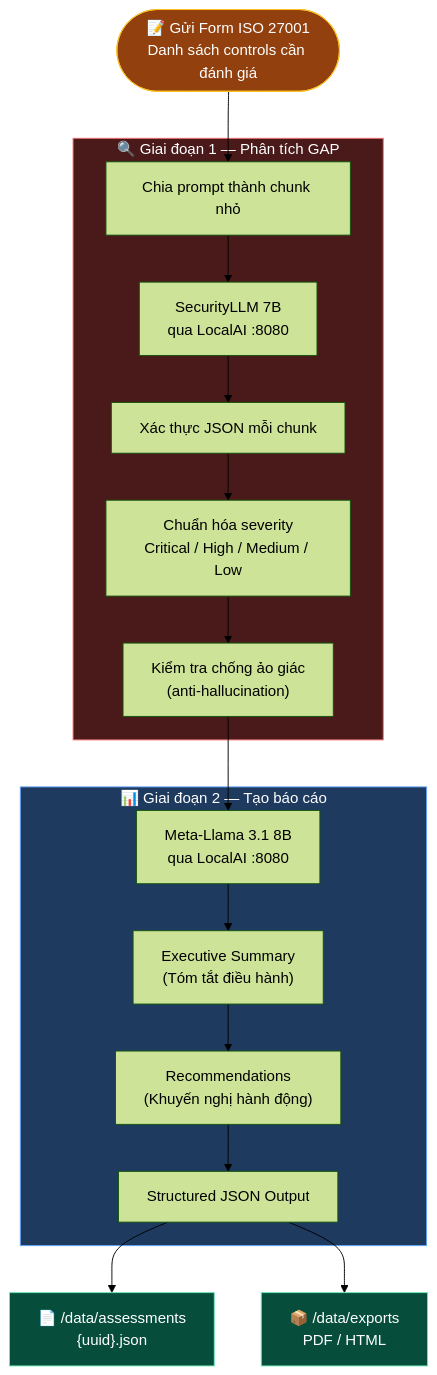
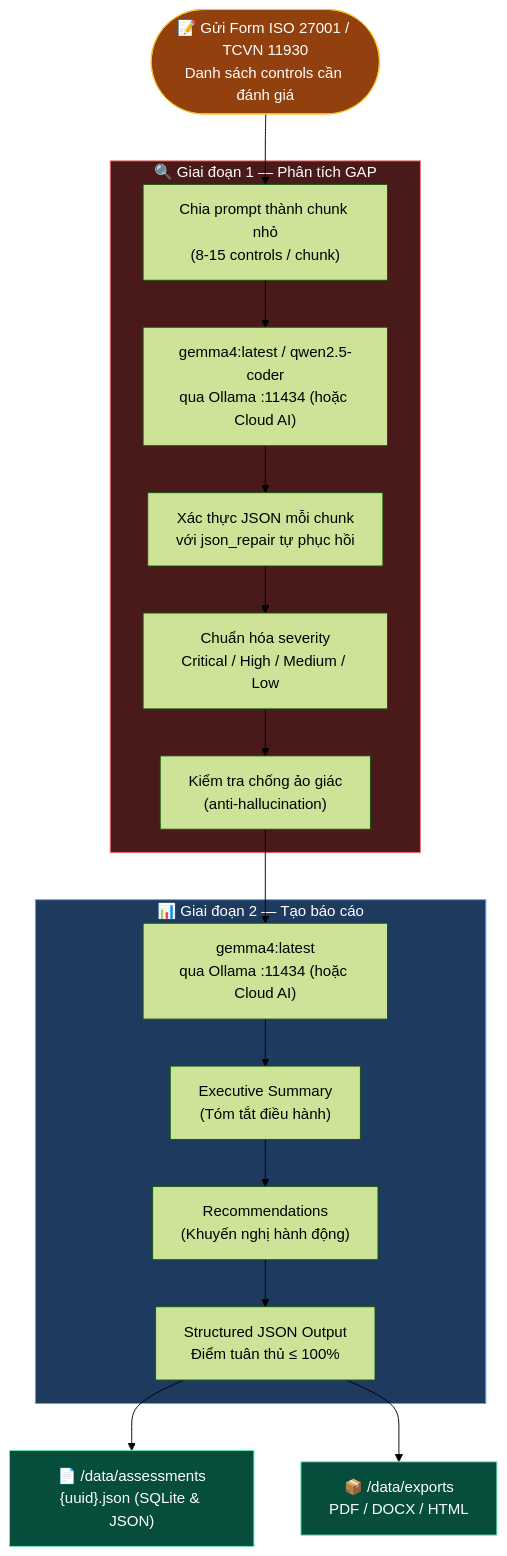
The sixth of 8 diagrams in docs/vi/architecture.md (NghiaDinh03/CyberAI-Assessment-project), drawn with Mermaid (forest theme) before and after one commit. The commit also changed other lines of this file and 94 other files, not shown here.

Commit message:
feat(pipeline): standardize unified assessment schema, runtime audit telemetry, masked evidence manifests, and artifact consistency validation

````diff
--- a/docs/vi/architecture.md
+++ b/docs/vi/architecture.md
@@ -377,36 +416,36 @@
 ```mermaid
 flowchart TD
-    Submit(["📝 Gửi Form ISO 27001\nDanh sách controls cần đánh giá"])
+    Submit(["📝 Gửi Form ISO 27001 / TCVN 11930\nDanh sách controls cần đánh giá"])
     Submit --> P1A
 
     subgraph Phase1["🔍 Giai đoạn 1 — Phân tích GAP"]
-        P1A["Chia prompt thành chunk nhỏ"]
-        P1B["SecurityLLM 7B\nqua LocalAI :8080"]
-        P1C["Xác thực JSON mỗi chunk"]
+        P1A["Chia prompt thành chunk nhỏ\n(8-15 controls / chunk)"]
+        P1B["gemma4:latest / qwen2.5-coder\nqua Ollama :11434 (hoặc Cloud AI)"]
+        P1C["Xác thực JSON mỗi chunk\nvới json_repair tự phục hồi"]
         P1D["Chuẩn hóa severity\nCritical / High / Medium / Low"]
         P1E["Kiểm tra chống ảo giác\n(anti-hallucination)"]
         P1A --> P1B --> P1C --> P1D --> P1E
     end
 
     P1E --> P2A
 
     subgraph Phase2["📊 Giai đoạn 2 — Tạo báo cáo"]
-        P2A["Meta-Llama 3.1 8B\nqua LocalAI :8080"]
+        P2A["gemma4:latest\nqua Ollama :11434 (hoặc Cloud AI)"]
         P2B["Executive Summary\n(Tóm tắt điều hành)"]
         P2C["Recommendations\n(Khuyến nghị hành động)"]
-        P2D["Structured JSON Output"]
+        P2D["Structured JSON Output\nĐiểm tuân thủ ≤ 100%"]
         P2A --> P2B --> P2C --> P2D
     end
 
     P2D --> O1
     P2D --> O2
 
-    O1["📄 /data/assessments\n{uuid}.json"]
-    O2["📦 /data/exports\nPDF / HTML"]
+    O1["📄 /data/assessments\n{uuid}.json (SQLite & JSON)"]
+    O2["📦 /data/exports\nPDF / DOCX / HTML"]
 
     style Submit fill:#92400e,stroke:#fbbf24,color:#fff
     style Phase1 fill:#4a1a1a,stroke:#f87171,color:#fff
     style Phase2 fill:#1e3a5f,stroke:#60a5fa,color:#fff
     style O1 fill:#064e3b,stroke:#6ee7b7,color:#fff
     style O2 fill:#064e3b,stroke:#6ee7b7,color:#fff
 ```
````
